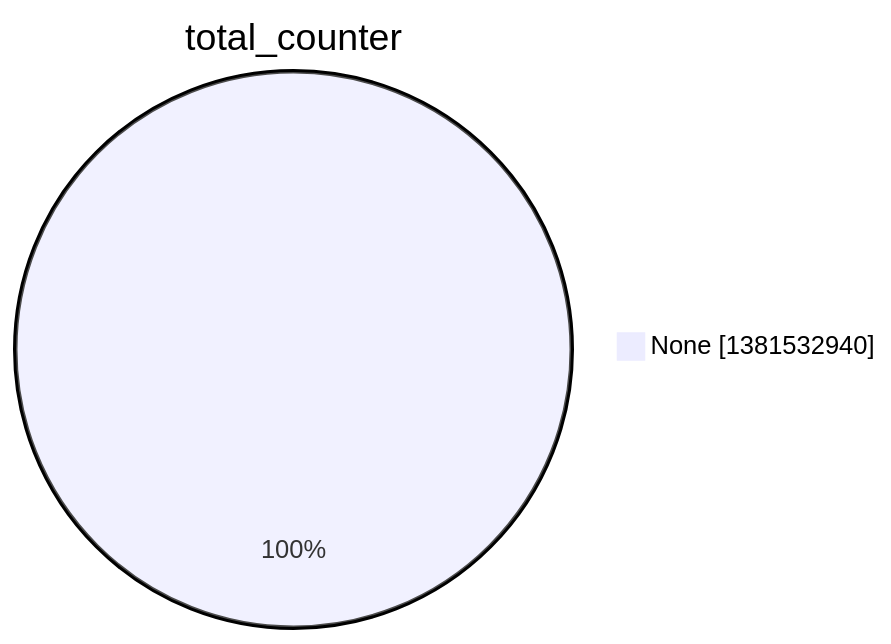
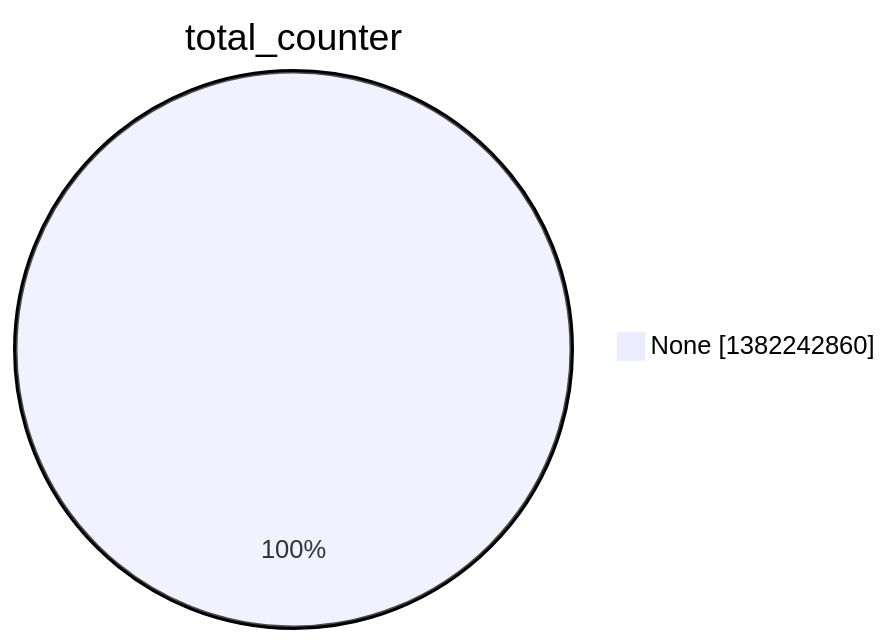
The second of 15 diagrams in argon2022/README.md (christiankrug/ctmonitor_visualization), drawn with Mermaid before and after one commit. The commit also changed other lines of this file, not shown here.

````diff
--- a/argon2022/README.md
+++ b/argon2022/README.md
@@ -9,5 +9,5 @@
 ```mermaid
 pie showData
 title total_counter
-"None" :1381532940
+"None" :1382242860
 ```
````
